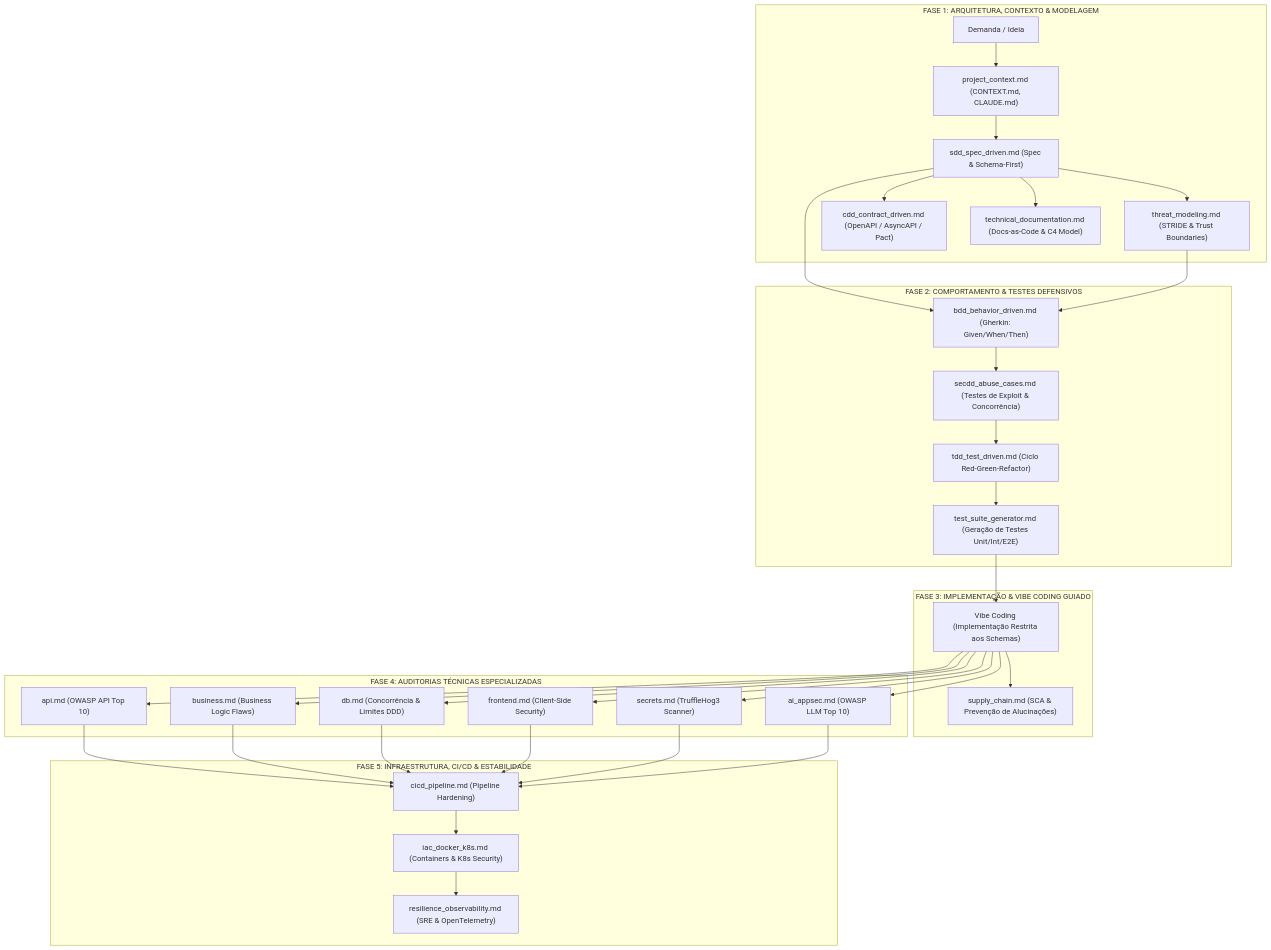
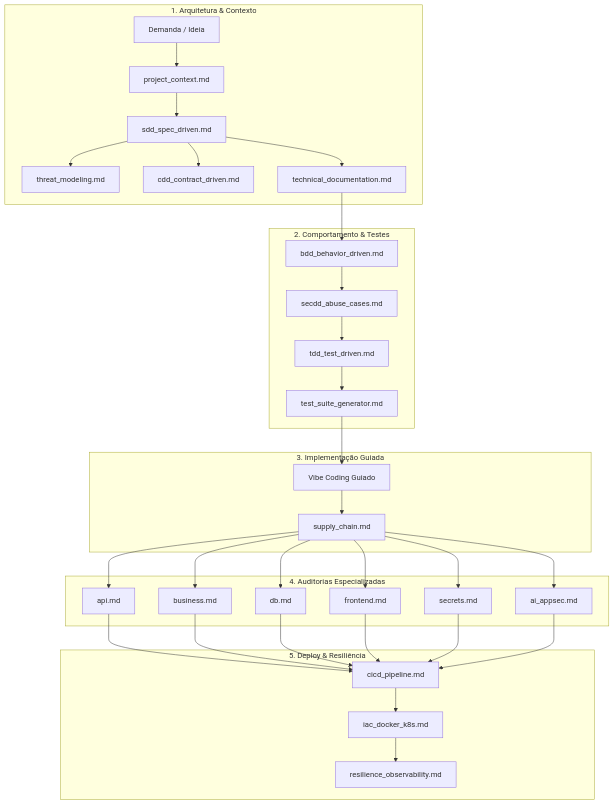
The diagram in README.md (brunoez/prompts), drawn with Mermaid before and after one commit. The commit also changed other lines of this file, not shown here.

Commit message:
fix(docs): resolve mermaid rendering on github and format command boxes without horizontal scrollbars

````diff
--- a/README.md
+++ b/README.md
@@ -92,37 +87,42 @@
 ```mermaid
-flowchart TD
-    subgraph F1 ["FASE 1: ARQUITETURA, CONTEXTO & MODELAGEM"]
-        A["Demanda / Ideia"] --> B0["project_context.md (CONTEXT.md, CLAUDE.md)"]
-        B0 --> B["sdd_spec_driven.md (Spec & Schema-First)"]
-        B --> C["threat_modeling.md (STRIDE & Trust Boundaries)"]
-        B --> D["cdd_contract_driven.md (OpenAPI / AsyncAPI / Pact)"]
-        B --> D2["technical_documentation.md (Docs-as-Code & C4 Model)"]
+graph TD
+    subgraph F1["1. Arquitetura & Contexto"]
+        A["Demanda / Ideia"] --> B0["project_context.md"]
+        B0 --> B["sdd_spec_driven.md"]
+        B --> C["threat_modeling.md"]
+        B --> D["cdd_contract_driven.md"]
+        B --> D2["technical_documentation.md"]
     end
 
-    subgraph F2 ["FASE 2: COMPORTAMENTO & TESTES DEFENSIVOS"]
-        B & C --> E["bdd_behavior_driven.md (Gherkin: Given/When/Then)"]
-        E --> F["secdd_abuse_cases.md (Testes de Exploit & Concorrência)"]
-        F --> G["tdd_test_driven.md (Ciclo Red-Green-Refactor)"]
-        G --> G2["test_suite_generator.md (Geração de Testes Unit/Int/E2E)"]
+    subgraph F2["2. Comportamento & Testes"]
+        D2 --> E["bdd_behavior_driven.md"]
+        E --> F["secdd_abuse_cases.md"]
+        F --> G["tdd_test_driven.md"]
+        G --> G2["test_suite_generator.md"]
     end
 
-    subgraph F3 ["FASE 3: IMPLEMENTAÇÃO & VIBE CODING GUIADO"]
-        G2 --> H["Vibe Coding (Implementação Restrita aos Schemas)"]
-        H --> I["supply_chain.md (SCA & Prevenção de Alucinações)"]
+    subgraph F3["3. Implementação Guiada"]
+        G2 --> H["Vibe Coding Guiado"]
+        H --> I["supply_chain.md"]
     end
 
-    subgraph F4 ["FASE 4: AUDITORIAS TÉCNICAS ESPECIALIZADAS"]
-        H --> J1["api.md (OWASP API Top 10)"]
-        H --> J2["business.md (Business Logic Flaws)"]
-        H --> J3["db.md (Concorrência & Limites DDD)"]
-        H --> J4["frontend.md (Client-Side Security)"]
-        H --> J5["secrets.md (TruffleHog3 Scanner)"]
-        H --> J6["ai_appsec.md (OWASP LLM Top 10)"]
+    subgraph F4["4. Auditorias Especializadas"]
+        I --> J1["api.md"]
+        I --> J2["business.md"]
+        I --> J3["db.md"]
+        I --> J4["frontend.md"]
+        I --> J5["secrets.md"]
+        I --> J6["ai_appsec.md"]
     end
 
-    subgraph F5 ["FASE 5: INFRAESTRUTURA, CI/CD & ESTABILIDADE"]
-        J1 & J2 & J3 & J4 & J5 & J6 --> K1["cicd_pipeline.md (Pipeline Hardening)"]
-        K1 --> K2["iac_docker_k8s.md (Containers & K8s Security)"]
-        K2 --> K3["resilience_observability.md (SRE & OpenTelemetry)"]
+    subgraph F5["5. Deploy & Resiliência"]
+        J1 --> K1["cicd_pipeline.md"]
+        J2 --> K1
+        J3 --> K1
+        J4 --> K1
+        J5 --> K1
+        J6 --> K1
+        K1 --> K2["iac_docker_k8s.md"]
+        K2 --> K3["resilience_observability.md"]
     end
 ```
````
